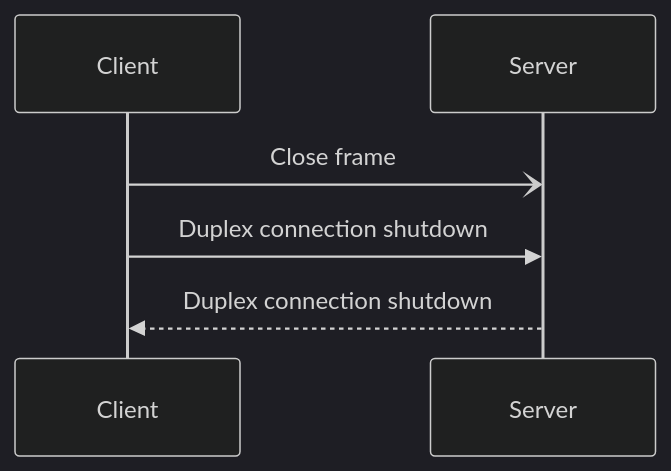
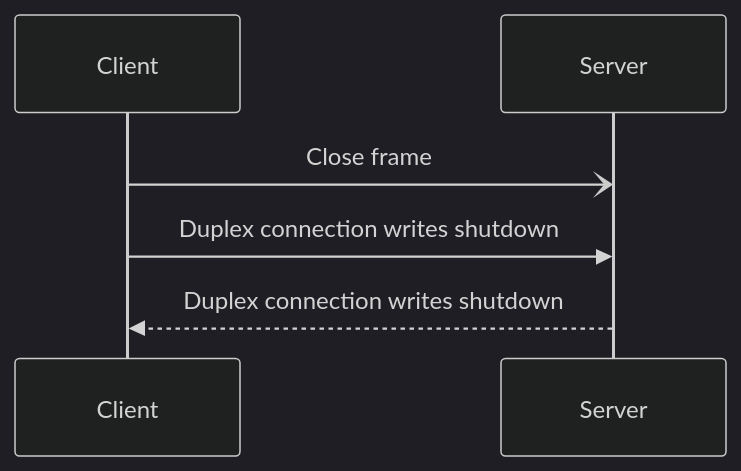
One commit to icerpc/icerpc-docs changed the first of 2 diagrams in pages/icerpc/slic-transport/connection-closure.md. Above: the diagram before and after it, drawn with Mermaid (dark theme). The commit also changed other lines of this file, not shown here.

Commit message:
Simplified callout about connection writes shutdown

````diff
--- a/pages/icerpc/slic-transport/connection-closure.md
+++ b/pages/icerpc/slic-transport/connection-closure.md
@@ -38,6 +38,6 @@
 ```mermaid
 sequenceDiagram
     Client-)Server: Close frame
-    Client->>Server: Duplex connection shutdown
-    Server-->>Client: Duplex connection shutdown
+    Client->>Server: Duplex connection writes shutdown
+    Server-->>Client: Duplex connection writes shutdown
 ```
````
